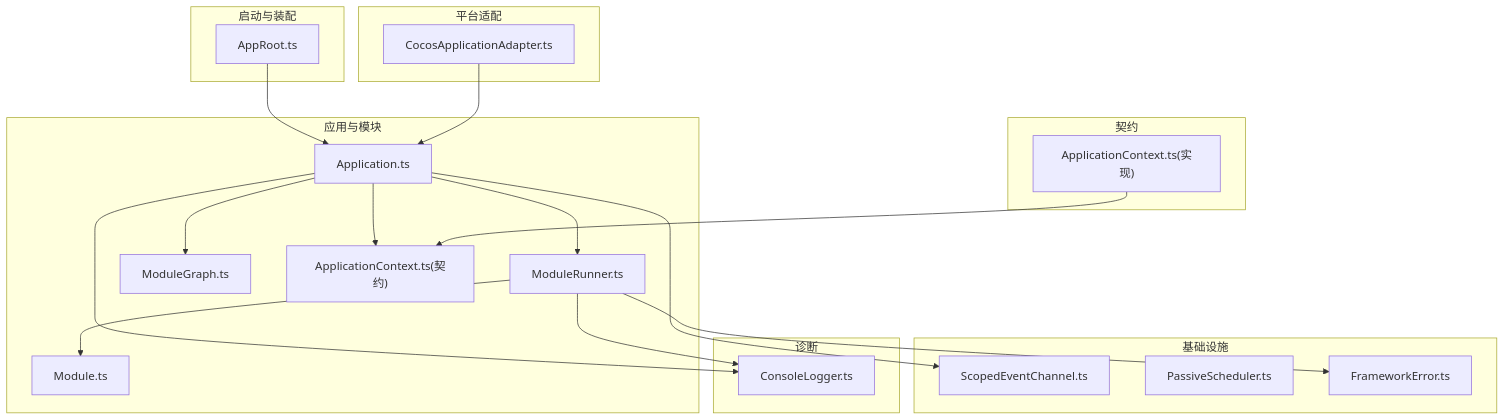
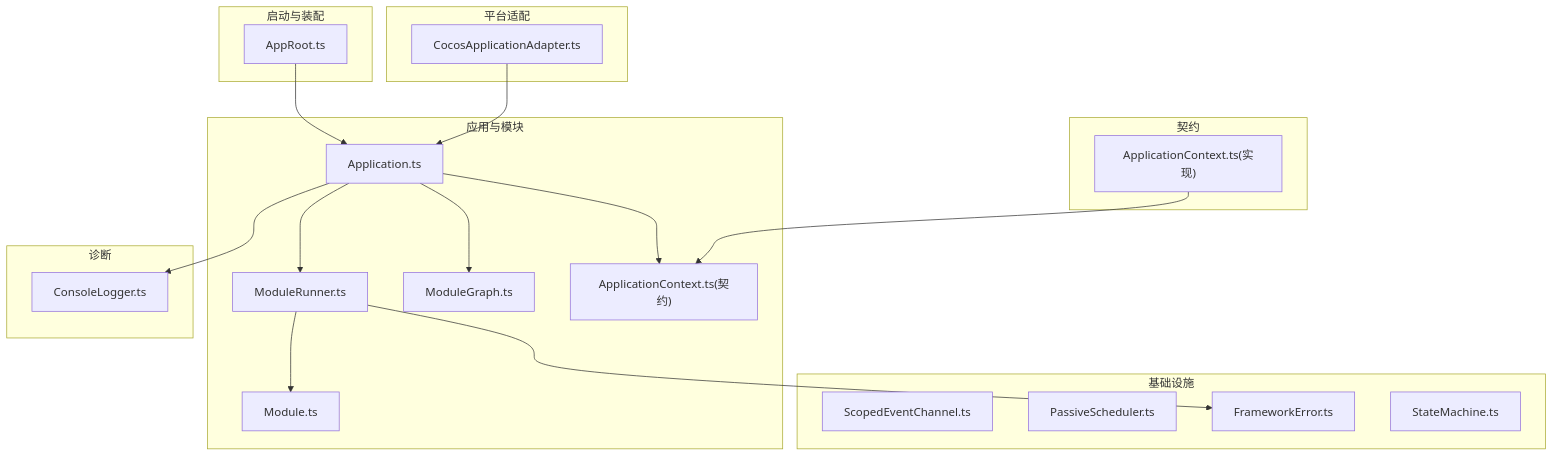
Before and after one commit to leviseek/ai-game-kit: the first of 10 diagrams in .qoder/repowiki/zh/content/框架架构/框架架构.md, drawn with Mermaid. The commit also changed other lines of this file and 3 other files, not shown here.

````diff
--- a/.qoder/repowiki/zh/content/框架架构/框架架构.md
+++ b/.qoder/repowiki/zh/content/框架架构/框架架构.md
@@ -47,38 +56,37 @@
 ```mermaid
 graph TB
 subgraph "启动与装配"
 AppRoot["AppRoot.ts"]
 end
 subgraph "应用与模块"
 Application["Application.ts"]
 ModuleRunner["ModuleRunner.ts"]
 ModuleGraph["ModuleGraph.ts"]
 ModuleContract["Module.ts"]
 AppCtxContract["ApplicationContext.ts(契约)"]
 end
 subgraph "契约"
 AppCtxImpl["ApplicationContext.ts(实现)"]
 end
 subgraph "基础设施"
 Events["ScopedEventChannel.ts"]
 Scheduler["PassiveScheduler.ts"]
 Errors["FrameworkError.ts"]
+FSM["StateMachine.ts"]
 end
 subgraph "诊断"
 Logger["ConsoleLogger.ts"]
 end
 subgraph "平台适配"
 CocosAdapter["CocosApplicationAdapter.ts"]
 end
 AppRoot --> Application
 Application --> ModuleRunner
 Application --> ModuleGraph
 ModuleRunner --> ModuleContract
 Application --> AppCtxContract
 AppCtxImpl --> AppCtxContract
 Application --> Logger
-ModuleRunner --> Logger
-Application --> Events
 ModuleRunner --> Errors
 CocosAdapter --> Application
 ```
````
